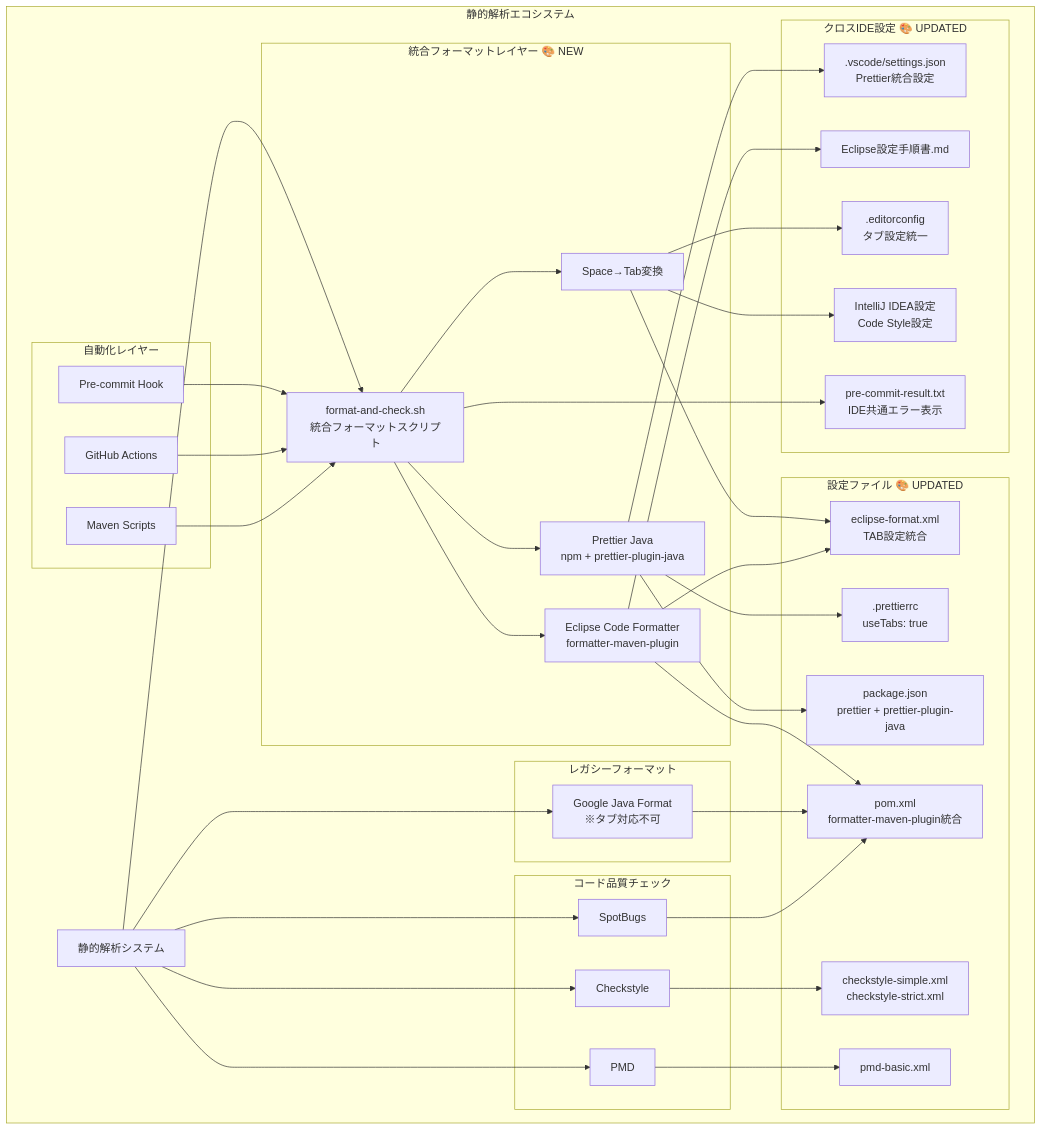
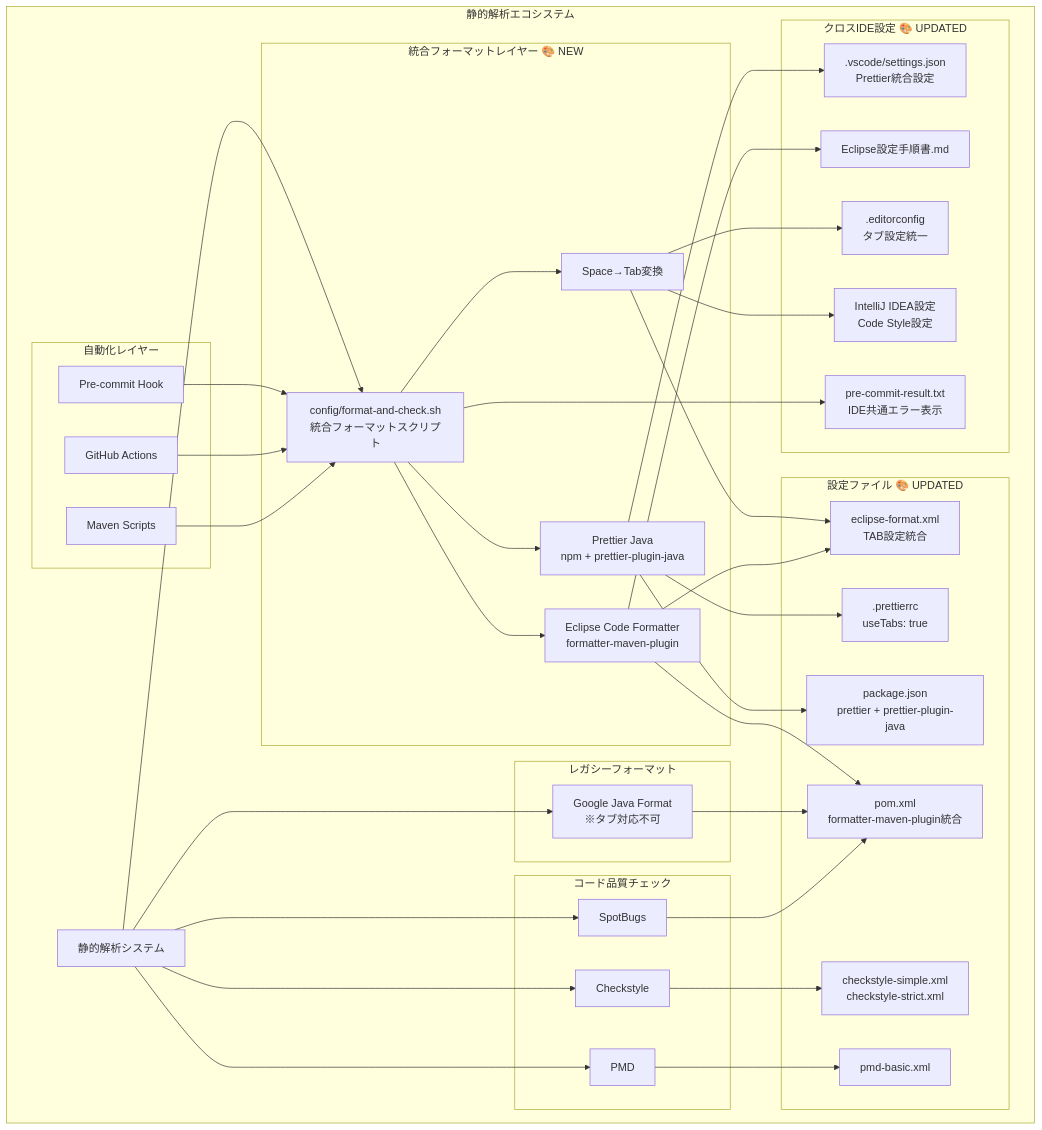
The first of 17 diagrams in scripts/STATIC_ANALYSIS_TOOLS_FEATURE_DIAGRAM.md (digital-ojt/development-webCourse-DroneInventorySystem), drawn with Mermaid before and after one commit. The commit also changed other lines of this file and 20 other files, not shown here.

````diff
--- a/scripts/STATIC_ANALYSIS_TOOLS_FEATURE_DIAGRAM.md
+++ b/scripts/STATIC_ANALYSIS_TOOLS_FEATURE_DIAGRAM.md
@@ -11,78 +11,78 @@
 ```mermaid
 graph TB
     subgraph "静的解析エコシステム"
         SA[静的解析システム]
         
         subgraph "統合フォーマットレイヤー 🎨 NEW"
-            IFS[format-and-check.sh<br/>統合フォーマットスクリプト]
+            IFS[config/format-and-check.sh<br/>統合フォーマットスクリプト]
             ST[Space→Tab変換]
             PJ[Prettier Java<br/>npm + prettier-plugin-java]
             EF[Eclipse Code Formatter<br/>formatter-maven-plugin]
         end
         
         subgraph "コード品質チェック"
             CS[Checkstyle]
             PMD[PMD]
             SB[SpotBugs]
         end
         
         subgraph "レガシーフォーマット"
             GJF[Google Java Format<br/>※タブ対応不可]
         end
         
         subgraph "自動化レイヤー"
             PC[Pre-commit Hook]
             CI[GitHub Actions]
             MS[Maven Scripts]
         end
         
         subgraph "設定ファイル 🎨 UPDATED"
             CSC[checkstyle-simple.xml<br/>checkstyle-strict.xml]
             PMDC[pmd-basic.xml]
             EFC[eclipse-format.xml<br/>TAB設定統合]
             PRC[.prettierrc<br/>useTabs: true]
             PCJ[package.json<br/>prettier + prettier-plugin-java]
             POM[pom.xml<br/>formatter-maven-plugin統合]
         end
         
         subgraph "クロスIDE設定 🎨 UPDATED"
             VSC[.vscode/settings.json<br/>Prettier統合設定]
             EC[.editorconfig<br/>タブ設定統一]
             EPR[Eclipse設定手順書.md]
             IJC[IntelliJ IDEA設定<br/>Code Style設定]
             PRT[pre-commit-result.txt<br/>IDE共通エラー表示]
         end
     end
     
     SA --> IFS
     IFS --> ST
     IFS --> PJ
     IFS --> EF
     
     SA --> CS
     SA --> PMD
     SA --> SB
     SA --> GJF
     
     ST --> EFC
     PJ --> PRC
     PJ --> PCJ
     EF --> EFC
     EF --> POM
     
     CS --> CSC
     PMD --> PMDC
     GJF --> POM
     SB --> POM
     
     PJ --> VSC
     EF --> EPR
     ST --> EC
     ST --> IJC
     
     PC --> IFS
     CI --> IFS
     MS --> IFS
     
     IFS --> PRT
 ```
````
